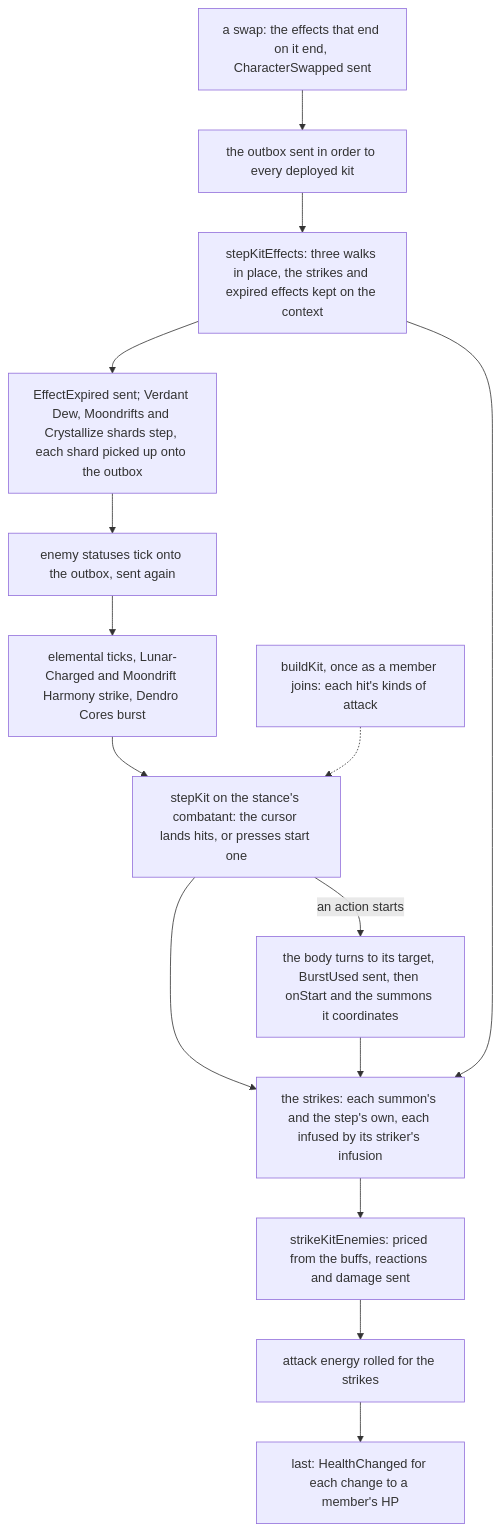
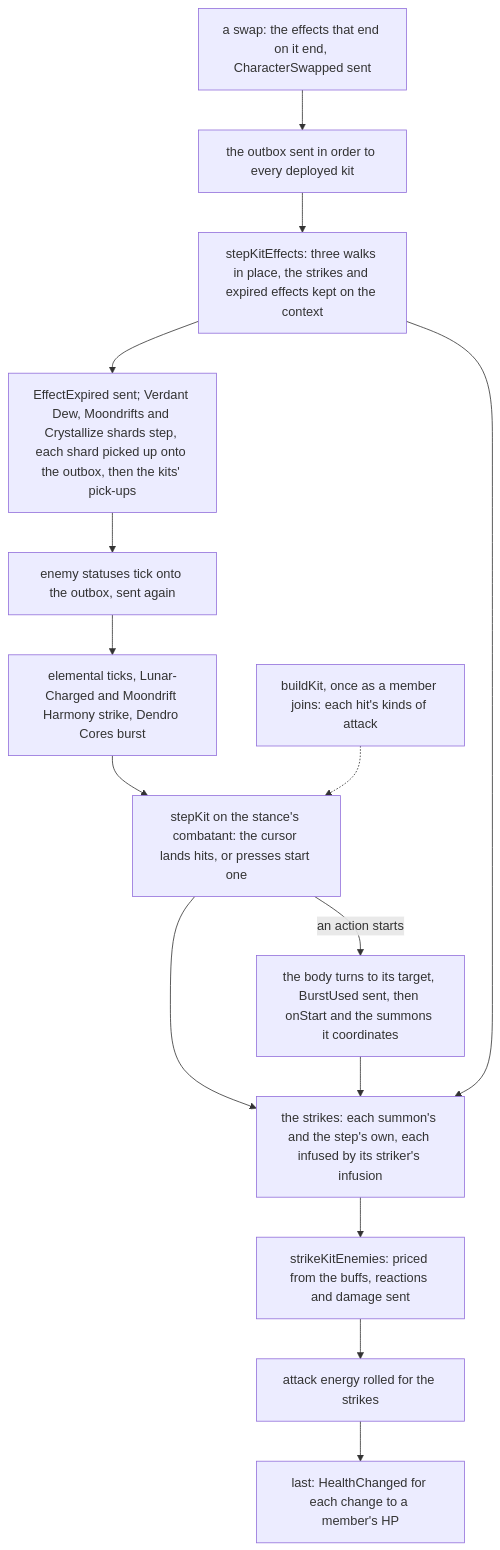
The fifth of 5 diagrams in openspec/specs/genshin/kits/README.md (Esposter/Esposter), drawn with Mermaid before and after one commit. The commit also changed other lines of this file and 8 other files, not shown here.

First line of the commit message:
feat(genshin-world): a kit may leave a pick-up the character on the field walks onto

````diff
--- a/openspec/specs/genshin/kits/README.md
+++ b/openspec/specs/genshin/kits/README.md
@@ -269,18 +270,18 @@
 ```mermaid
 flowchart TD
   BUILD["buildKit, once as a member joins: each hit's kinds of attack"]
   SWAP["a swap: the effects that end on it end, CharacterSwapped sent"] --> OUT["the outbox sent in order to every deployed kit"]
   OUT --> EFFECTS["stepKitEffects: three walks in place, the strikes and expired effects kept on the context"]
-  EFFECTS --> PARTY["EffectExpired sent; Verdant Dew, Moondrifts and Crystallize shards step, each shard picked up onto the outbox"]
+  EFFECTS --> PARTY["EffectExpired sent; Verdant Dew, Moondrifts and Crystallize shards step, each shard picked up onto the outbox, then the kits' pick-ups"]
   PARTY --> ENEMIES["enemy statuses tick onto the outbox, sent again"]
   ENEMIES --> REACT["elemental ticks, Lunar-Charged and Moondrift Harmony strike, Dendro Cores burst"]
   REACT --> STEP["stepKit on the stance's combatant: the cursor lands hits, or presses start one"]
   BUILD -.-> STEP
   STEP -->|"an action starts"| START["the body turns to its target, BurstUsed sent, then onStart and the summons it coordinates"]
   STEP --> STRIKES["the strikes: each summon's and the step's own, each infused by its striker's infusion"]
   START --> STRIKES
   EFFECTS --> STRIKES
   STRIKES --> PRICE["strikeKitEnemies: priced from the buffs, reactions and damage sent"]
   PRICE --> ENERGY["attack energy rolled for the strikes"]
   ENERGY --> HEALTH["last: HealthChanged for each change to a member's HP"]
 ```
````
